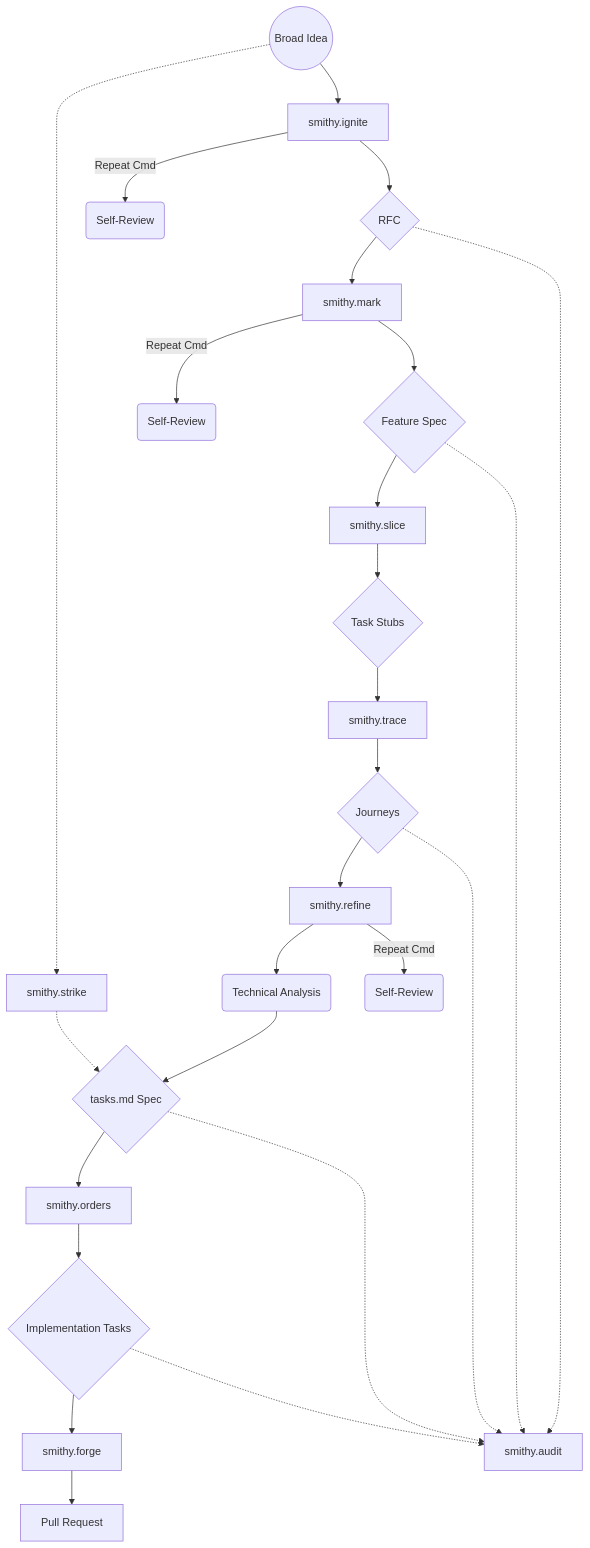
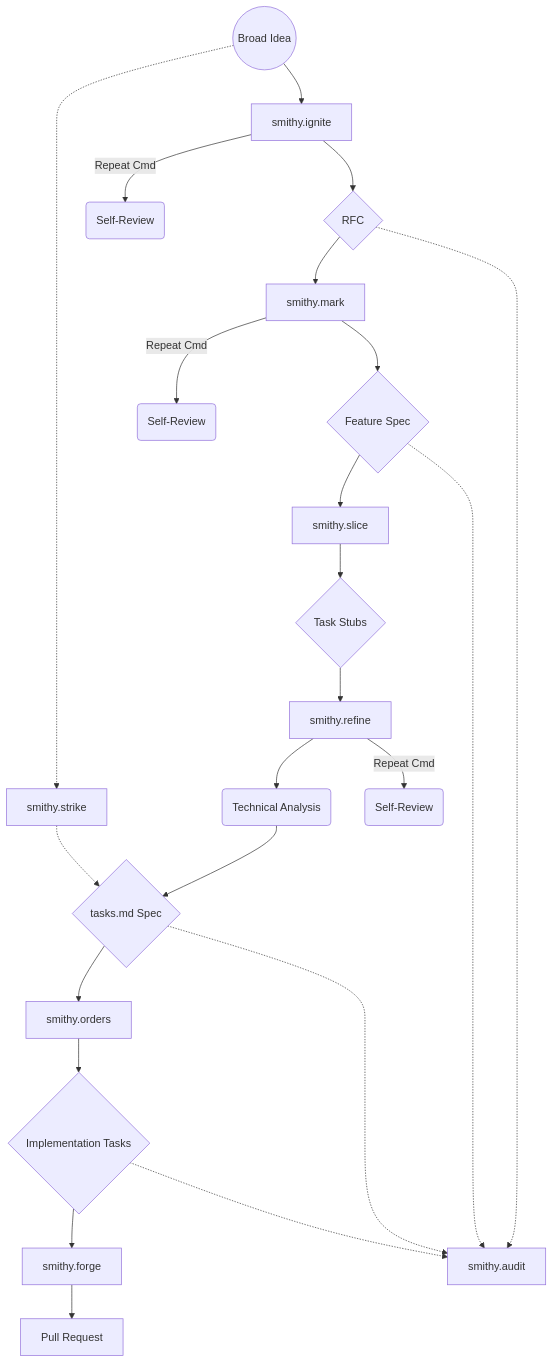
The diagram in README.md (Balexda/SmithyCLI), drawn with Mermaid before and after one commit. The commit also changed other lines of this file and 3 other files, not shown here.

First line of the commit message:
Remove smithy.trace template and all references

````diff
--- a/README.md
+++ b/README.md
@@ -47,45 +46,40 @@
 ```mermaid
 graph TD
     %% Ideation
     Idea((Broad Idea)) --> Ignite[smithy.ignite]
     Ignite --> RFC{RFC}
     
     %% Planning
     RFC --> Mark[smithy.mark]
     Mark --> Plan{Feature Spec}
     
     %% Breakdown
     Plan --> Slice[smithy.slice]
     Slice --> Stubs{Task Stubs}
-    
-    %% Experience
-    Stubs --> Trace[smithy.trace]
-    Trace --> Journeys{Journeys}
-    
+
     %% Technical Spec
-    Journeys --> Refine[smithy.refine]
+    Stubs --> Refine[smithy.refine]
     Refine --> Analyze(Technical Analysis)
     Analyze --> Spec{tasks.md Spec}
     
     %% Queue & Forge
     Spec --> Orders[smithy.orders]
     Orders --> Tasks{Implementation Tasks}
     Tasks --> Forge[smithy.forge]
     Forge --> PR[Pull Request]
     
     %% Fast Track
     Idea -.-> Strike[smithy.strike]
     Strike -.-> Spec
     
     %% Review Loops
     Ignite -- "Repeat Cmd" --> IgniteReview(Self-Review)
     Mark -- "Repeat Cmd" --> MarkReview(Self-Review)
     Refine -- "Repeat Cmd" --> RefineReview(Self-Review)
     
     %% Universal Auditor
     RFC -.-> Audit[smithy.audit]
     Plan -.-> Audit
-    Journeys -.-> Audit
     Spec -.-> Audit
     Tasks -.-> Audit
 ```
````
